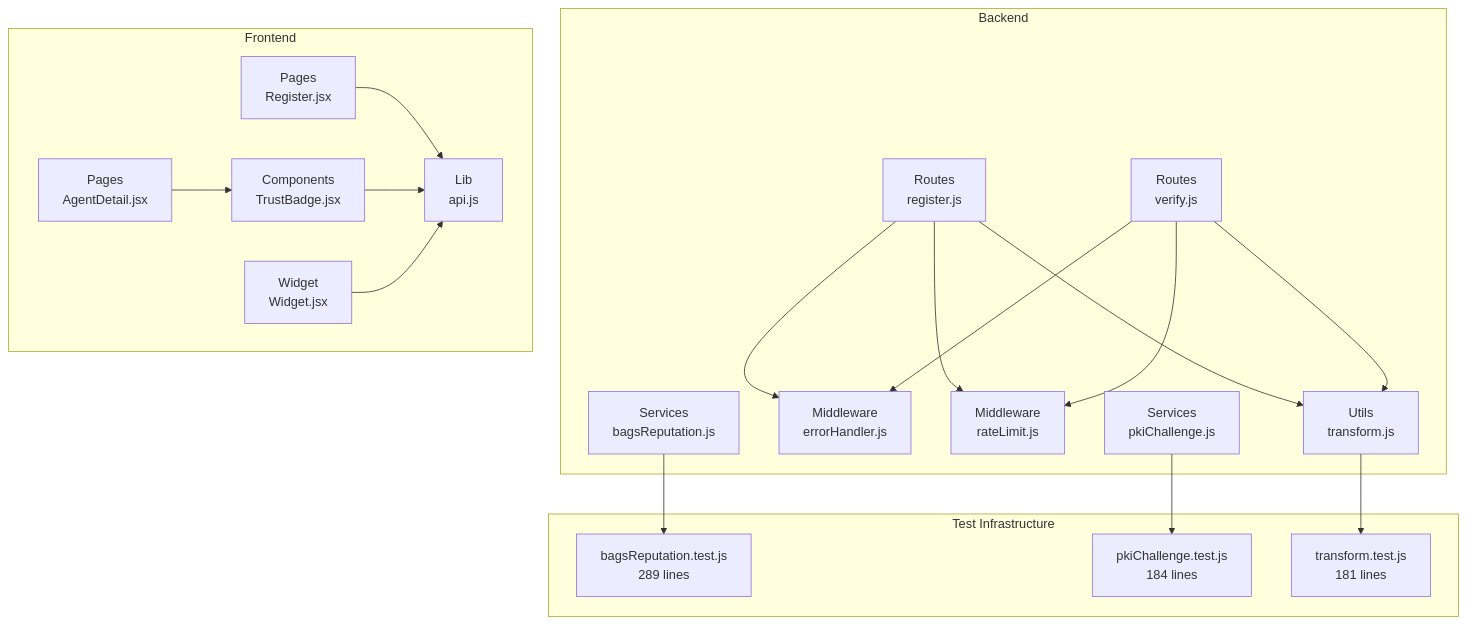
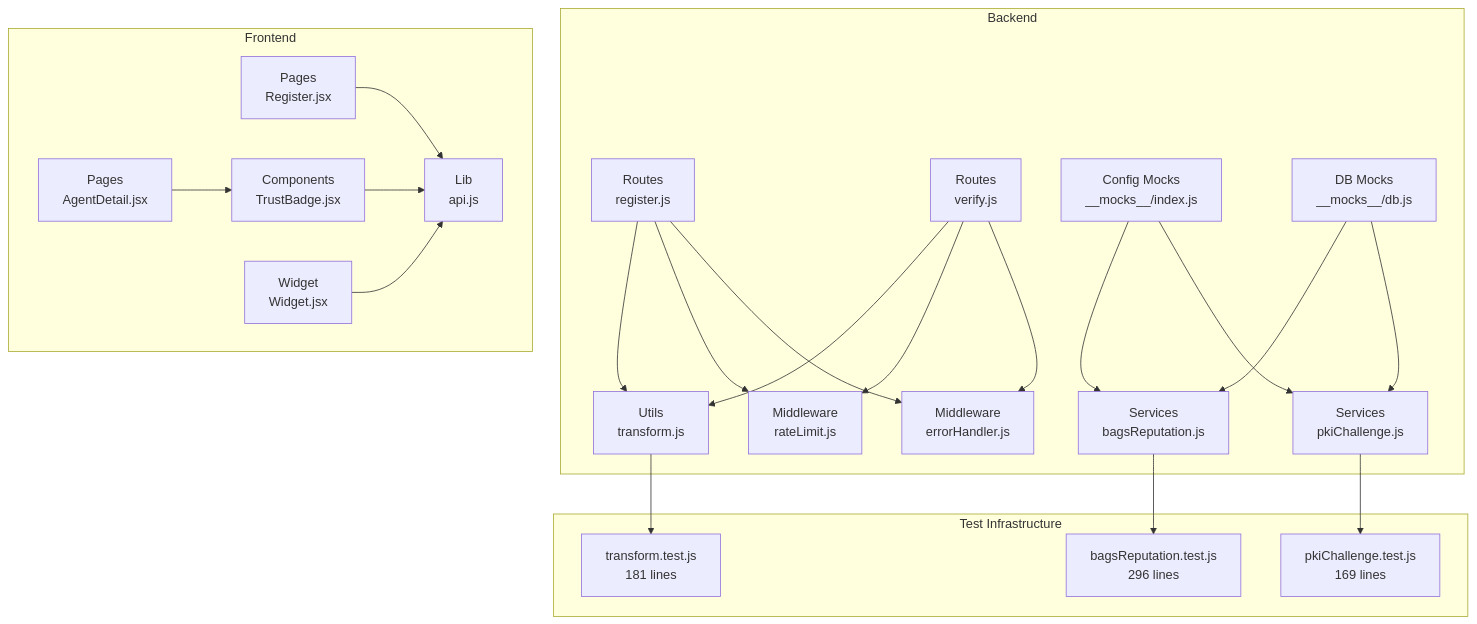
One commit to RunTimeAdmin/AgentID changed the first of 3 diagrams in .qoder/repowiki/en/content/Testing Strategy.md. Above: the diagram before and after it, drawn with Mermaid. The commit also changed other lines of this file and 8 other files, not shown here.

````diff
--- a/.qoder/repowiki/en/content/Testing Strategy.md
+++ b/.qoder/repowiki/en/content/Testing Strategy.md
@@ -56,37 +59,43 @@
 ```mermaid
 graph TB
 subgraph "Backend"
 R1["Routes<br/>register.js"]
 R2["Routes<br/>verify.js"]
 U1["Utils<br/>transform.js"]
 M1["Middleware<br/>errorHandler.js"]
 M2["Middleware<br/>rateLimit.js"]
 S1["Services<br/>bagsReputation.js"]
 S2["Services<br/>pkiChallenge.js"]
+CM["Config Mocks<br/>__mocks__/index.js"]
+DM["DB Mocks<br/>__mocks__/db.js"]
 end
 subgraph "Frontend"
 F1["Pages<br/>Register.jsx"]
 F2["Pages<br/>AgentDetail.jsx"]
 F3["Components<br/>TrustBadge.jsx"]
 F4["Lib<br/>api.js"]
 F5["Widget<br/>Widget.jsx"]
 end
 subgraph "Test Infrastructure"
-T1["bagsReputation.test.js<br/>289 lines"]
-T2["pkiChallenge.test.js<br/>184 lines"]
+T1["bagsReputation.test.js<br/>296 lines"]
+T2["pkiChallenge.test.js<br/>169 lines"]
 T3["transform.test.js<br/>181 lines"]
 end
 R1 --> U1
 R2 --> U1
 R1 --> M2
 R2 --> M2
 R1 --> M1
 R2 --> M1
 S1 --> T1
 S2 --> T2
 U1 --> T3
 F1 --> F4
 F2 --> F3
 F3 --> F4
 F5 --> F4
+CM --> S1
+CM --> S2
+DM --> S1
+DM --> S2
 ```
````
